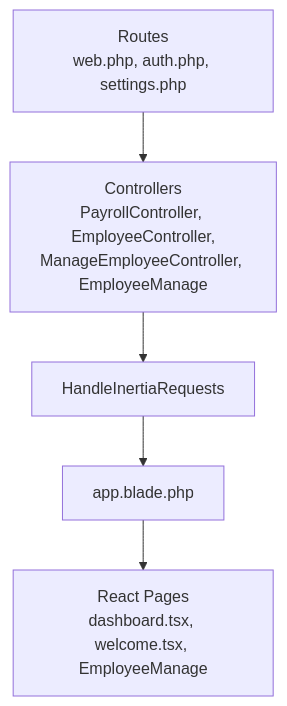
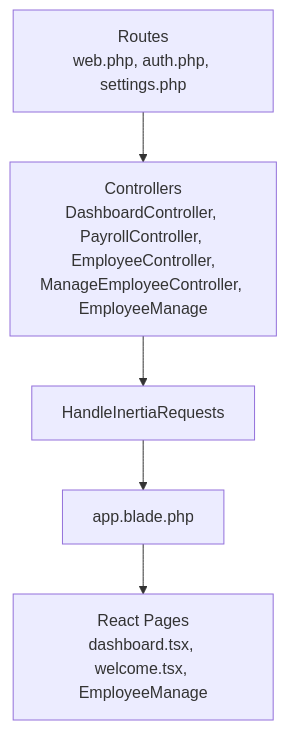
Before and after one commit to vincet0t15/template: diagram 12 of 12 in .qoder/repowiki/en/content/Routing Architecture.md, drawn with Mermaid. The commit also changed other lines of this file and 10 other files, not shown here.

````diff
--- a/.qoder/repowiki/en/content/Routing Architecture.md
+++ b/.qoder/repowiki/en/content/Routing Architecture.md
@@ -312,12 +395,12 @@
 ```mermaid
 graph TB
 Routes["Routes<br/>web.php, auth.php, settings.php"]
-Controllers["Controllers<br/>PayrollController, EmployeeController,<br/>ManageEmployeeController, EmployeeManage"]
+Controllers["Controllers<br/>DashboardController, PayrollController, EmployeeController,<br/>ManageEmployeeController, EmployeeManage"]
 Middleware["HandleInertiaRequests"]
 Blade["app.blade.php"]
 ReactPages["React Pages<br/>dashboard.tsx, welcome.tsx, EmployeeManage"]
 Routes --> Controllers
 Controllers --> Middleware
 Middleware --> Blade
 Blade --> ReactPages
 ```
````
